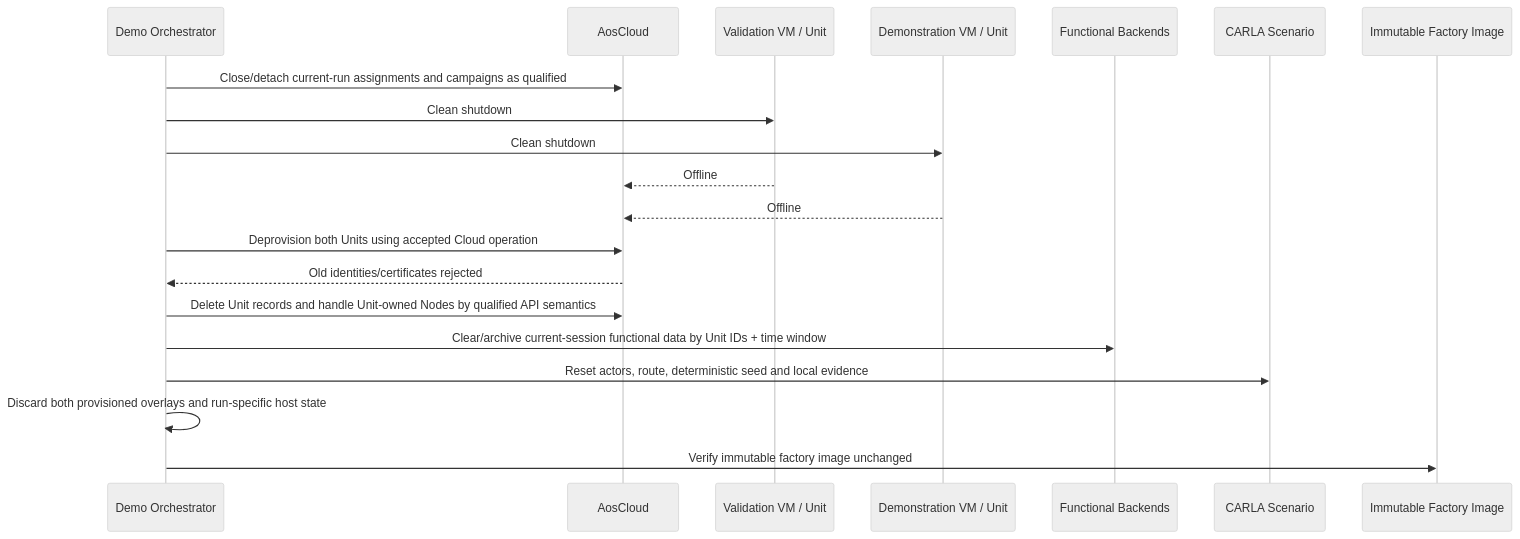
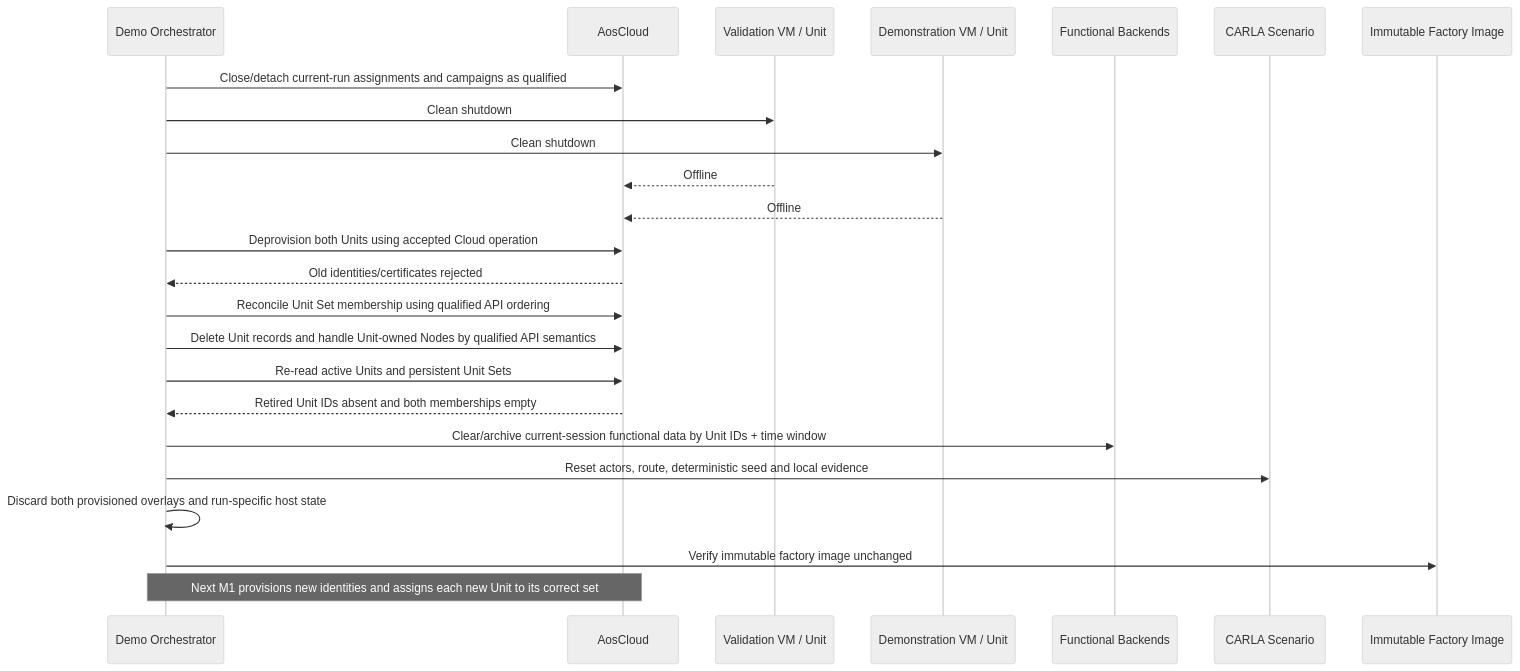
Diagram 20 of 20 in docs/architecture/demo-scenario-architecture-flows.md (alexmaninblack/aosedge-sdv-demo), drawn with Mermaid (neutral theme) before and after one commit. The commit also changed other lines of this file and 23 other files, not shown here.

````diff
--- a/docs/architecture/demo-scenario-architecture-flows.md
+++ b/docs/architecture/demo-scenario-architecture-flows.md
@@ -1075,23 +1076,27 @@
 ```mermaid
 sequenceDiagram
     participant OR as Demo Orchestrator
     participant AC as AosCloud
     participant VU as Validation VM / Unit
     participant DU as Demonstration VM / Unit
     participant FB as Functional Backends
     participant CS as CARLA Scenario
     participant FI as Immutable Factory Image
 
     OR->>AC: Close/detach current-run assignments and campaigns as qualified
     OR->>VU: Clean shutdown
     OR->>DU: Clean shutdown
     VU-->>AC: Offline
     DU-->>AC: Offline
     OR->>AC: Deprovision both Units using accepted Cloud operation
     AC-->>OR: Old identities/certificates rejected
+    OR->>AC: Reconcile Unit Set membership using qualified API ordering
     OR->>AC: Delete Unit records and handle Unit-owned Nodes by qualified API semantics
+    OR->>AC: Re-read active Units and persistent Unit Sets
+    AC-->>OR: Retired Unit IDs absent and both memberships empty
     OR->>FB: Clear/archive current-session functional data by Unit IDs + time window
     OR->>CS: Reset actors, route, deterministic seed and local evidence
     OR->>OR: Discard both provisioned overlays and run-specific host state
     OR->>FI: Verify immutable factory image unchanged
+    Note over OR,AC: Next M1 provisions new identities and assigns each new Unit to its correct set
 ```
````
